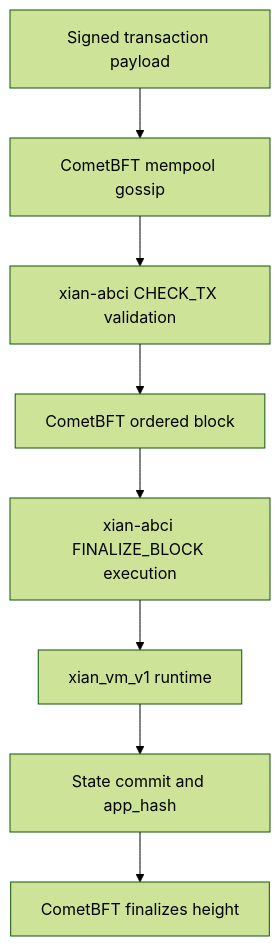
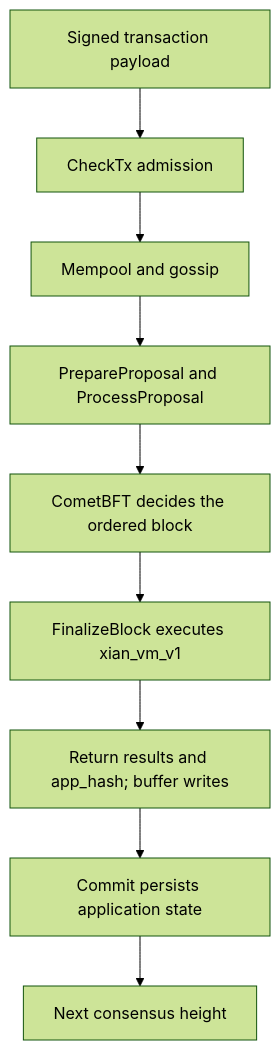
The diagram in concepts/abci.md (xian-technology/xian-docs-web), drawn with Mermaid (forest theme) before and after one commit. The commit also changed other lines of this file and 28 other files, not shown here.

````diff
--- a/concepts/abci.md
+++ b/concepts/abci.md
@@ -49,19 +51,15 @@
 ```mermaid
 flowchart TD
   Payload["Signed transaction payload"]
-  Gossip["CometBFT mempool gossip"]
-  Check["xian-abci CHECK_TX validation"]
-  Block["CometBFT ordered block"]
-  Execute["xian-abci FINALIZE_BLOCK execution"]
-  Runtime["xian_vm_v1 runtime"]
-  Commit["State commit and app_hash"]
-  Finality["CometBFT finalizes height"]
+  Check["CheckTx admission"]
+  Mempool["Mempool and gossip"]
+  Proposal["PrepareProposal and ProcessProposal"]
+  Decision["CometBFT decides the ordered block"]
+  Execute["FinalizeBlock executes xian_vm_v1"]
+  Result["Return results and app_hash; buffer writes"]
+  Commit["Commit persists application state"]
+  Next["Next consensus height"]
 
-  Payload --> Gossip
-  Gossip --> Check
-  Check --> Block
-  Block --> Execute
-  Execute --> Runtime
-  Runtime --> Commit
-  Commit --> Finality
+  Payload --> Check --> Mempool --> Proposal --> Decision
+  Decision --> Execute --> Result --> Commit --> Next
 ```
````
